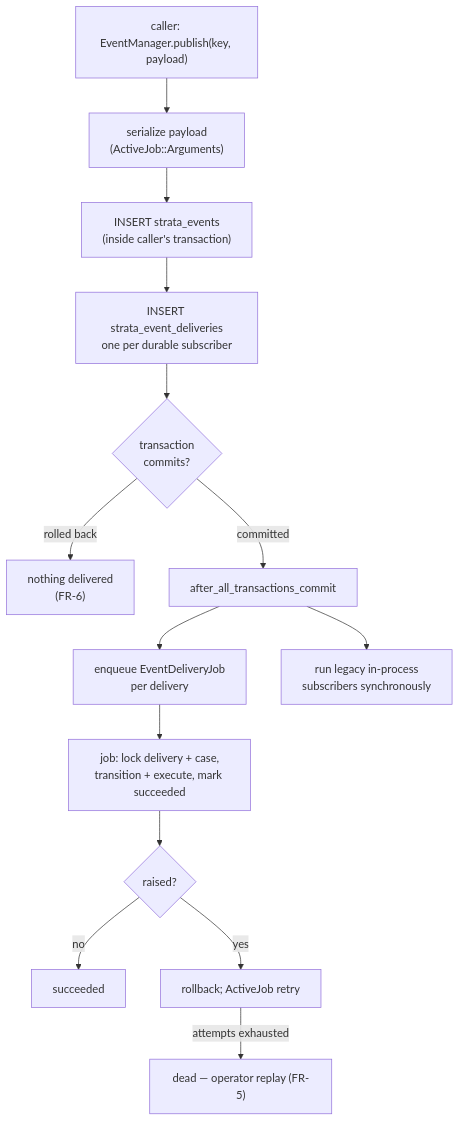
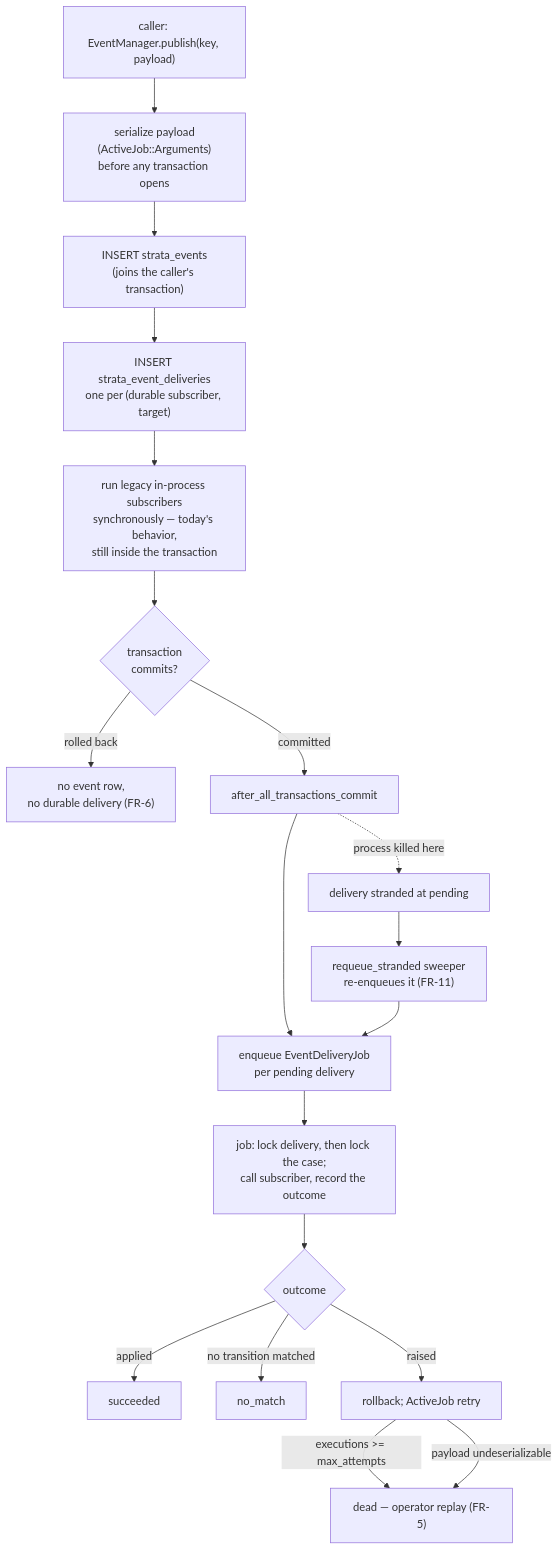
The diagram in docs/specs/durable-events/spec.md (navapbc/strata-sdk-rails), drawn with Mermaid before and after one commit. The commit also changed other lines of this file, not shown here.

First line of the commit message:
Close the design gaps found in review of the durable events spec

````diff
--- a/docs/specs/durable-events/spec.md
+++ b/docs/specs/durable-events/spec.md
@@ -164,16 +170,21 @@
 ```mermaid
 flowchart TD
-  A["caller: EventManager.publish(key, payload)"] --> B["serialize payload<br/>(ActiveJob::Arguments)"]
-  B --> C["INSERT strata_events<br/>(inside caller's transaction)"]
-  C --> D["INSERT strata_event_deliveries<br/>one per durable subscriber"]
-  D --> E{"transaction<br/>commits?"}
-  E -->|"rolled back"| F["nothing delivered<br/>(FR-6)"]
+  A["caller: EventManager.publish(key, payload)"] --> B["serialize payload<br/>(ActiveJob::Arguments)<br/>before any transaction opens"]
+  B --> C["INSERT strata_events<br/>(joins the caller's transaction)"]
+  C --> D["INSERT strata_event_deliveries<br/>one per (durable subscriber, target)"]
+  D --> I["run legacy in-process subscribers<br/>synchronously — today's behavior,<br/>still inside the transaction"]
+  I --> E{"transaction<br/>commits?"}
+  E -->|"rolled back"| F["no event row,<br/>no durable delivery (FR-6)"]
   E -->|"committed"| G["after_all_transactions_commit"]
-  G --> H["enqueue EventDeliveryJob<br/>per delivery"]
-  G --> I["run legacy in-process<br/>subscribers synchronously"]
-  H --> J["job: lock delivery + case,<br/>transition + execute, mark succeeded"]
-  J --> K{"raised?"}
-  K -->|"no"| L["succeeded"]
-  K -->|"yes"| M["rollback; ActiveJob retry"]
-  M -->|"attempts exhausted"| N["dead — operator replay (FR-5)"]
+  G --> H["enqueue EventDeliveryJob<br/>per pending delivery"]
+  G -.->|"process killed here"| R["delivery stranded at pending"]
+  R --> S["requeue_stranded sweeper<br/>re-enqueues it (FR-11)"]
+  S --> H
+  H --> J["job: lock delivery, then lock the case;<br/>call subscriber, record the outcome"]
+  J --> K{"outcome"}
+  K -->|"applied"| L["succeeded"]
+  K -->|"no transition matched"| P["no_match"]
+  K -->|"raised"| M["rollback; ActiveJob retry"]
+  M -->|"executions >= max_attempts"| N["dead — operator replay (FR-5)"]
+  M -->|"payload undeserializable"| N
 ```
````
